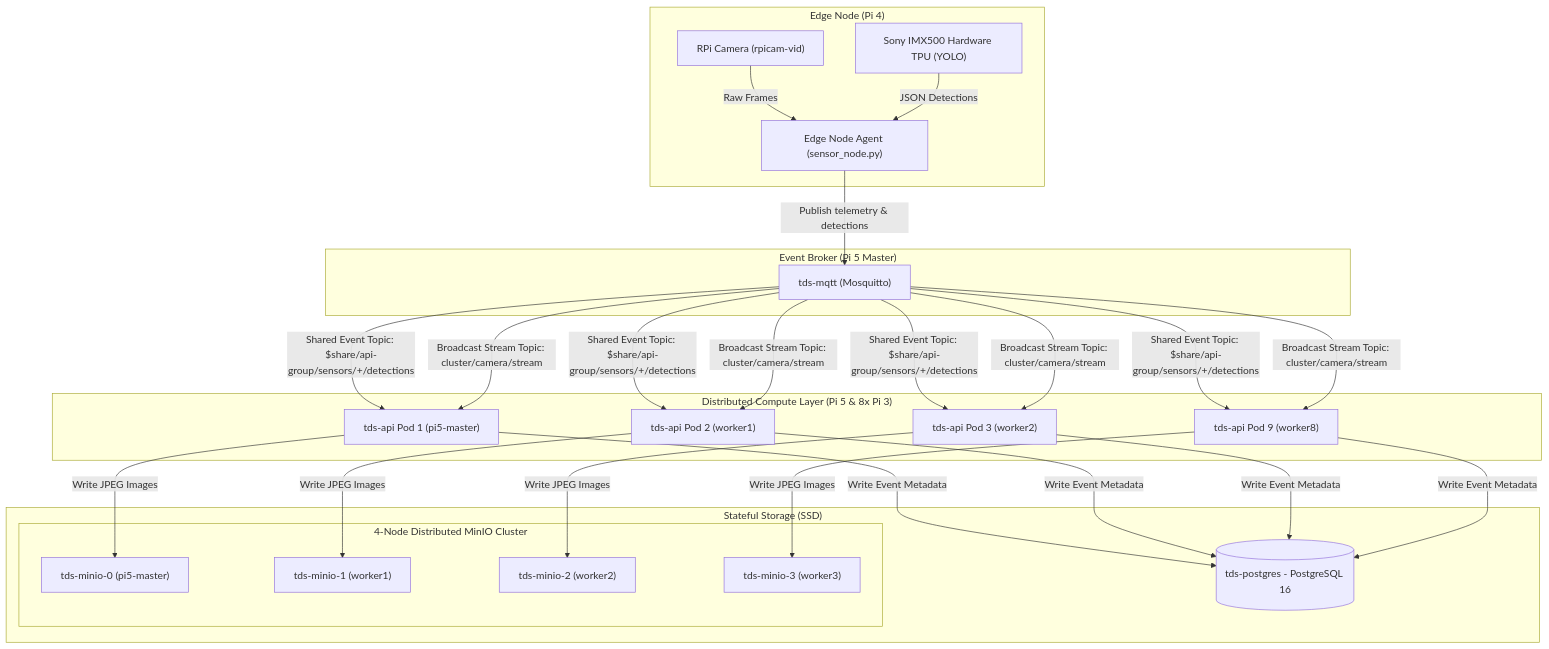
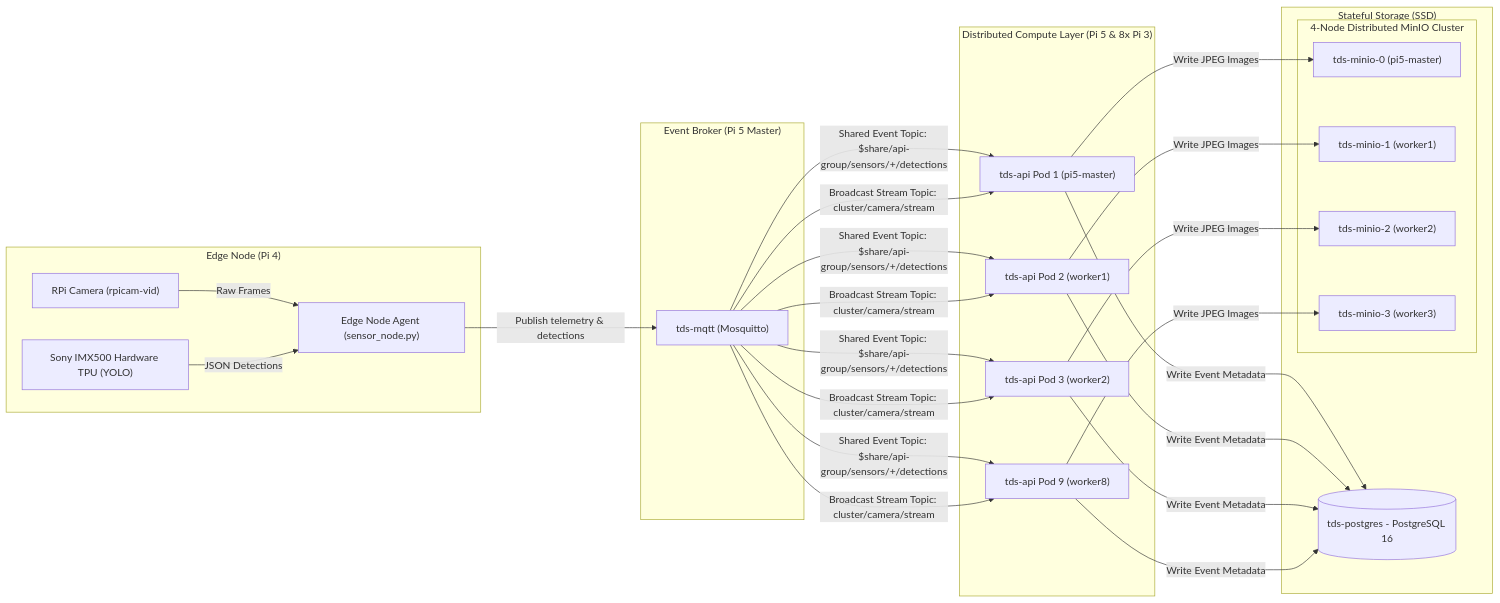
Before and after one commit to Group-6-Cloud-Computing-SS2026/Threat-Detection-System: the first of 3 diagrams in docs/docs/tasks/task-07-backend.md, drawn with Mermaid.

````diff
--- a/docs/docs/tasks/task-07-backend.md
+++ b/docs/docs/tasks/task-07-backend.md
@@ -11,51 +11,51 @@
 ```mermaid
-graph TD
+graph LR
     subgraph "Edge Node (Pi 4)"
         Cam["RPi Camera (rpicam-vid)"]
         TPU["Sony IMX500 Hardware TPU (YOLO)"]
         Node["Edge Node Agent (sensor_node.py)"]
         Cam -->|"Raw Frames"| Node
         TPU -->|"JSON Detections"| Node
     end
 
     subgraph "Event Broker (Pi 5 Master)"
         Broker["tds-mqtt (Mosquitto)"]
     end
     
     Node -->|"Publish telemetry & detections"| Broker
 
     subgraph "Distributed Compute Layer (Pi 5 & 8x Pi 3)"
         API1["tds-api Pod 1 (pi5-master)"]
         API2["tds-api Pod 2 (worker1)"]
         API3["tds-api Pod 3 (worker2)"]
         APIn["tds-api Pod 9 (worker8)"]
     end
 
     Broker -->|"Shared Event Topic: $share/api-group/sensors/+/detections"| API1
     Broker -->|"Shared Event Topic: $share/api-group/sensors/+/detections"| API2
     Broker -->|"Shared Event Topic: $share/api-group/sensors/+/detections"| API3
     Broker -->|"Shared Event Topic: $share/api-group/sensors/+/detections"| APIn
     Broker -->|"Broadcast Stream Topic: cluster/camera/stream"| API1
     Broker -->|"Broadcast Stream Topic: cluster/camera/stream"| API2
     Broker -->|"Broadcast Stream Topic: cluster/camera/stream"| API3
     Broker -->|"Broadcast Stream Topic: cluster/camera/stream"| APIn
 
     subgraph "Stateful Storage (SSD)"
         DB[("tds-postgres - PostgreSQL 16")]
         subgraph "4-Node Distributed MinIO Cluster"
             MinIO0["tds-minio-0 (pi5-master)"]
             MinIO1["tds-minio-1 (worker1)"]
             MinIO2["tds-minio-2 (worker2)"]
             MinIO3["tds-minio-3 (worker3)"]
         end
     end
 
     API1 -->|"Write Event Metadata"| DB
     API1 -->|"Write JPEG Images"| MinIO0
     API2 -->|"Write Event Metadata"| DB
     API2 -->|"Write JPEG Images"| MinIO1
     API3 -->|"Write Event Metadata"| DB
     API3 -->|"Write JPEG Images"| MinIO2
     APIn -->|"Write Event Metadata"| DB
     APIn -->|"Write JPEG Images"| MinIO3
 ```
````
